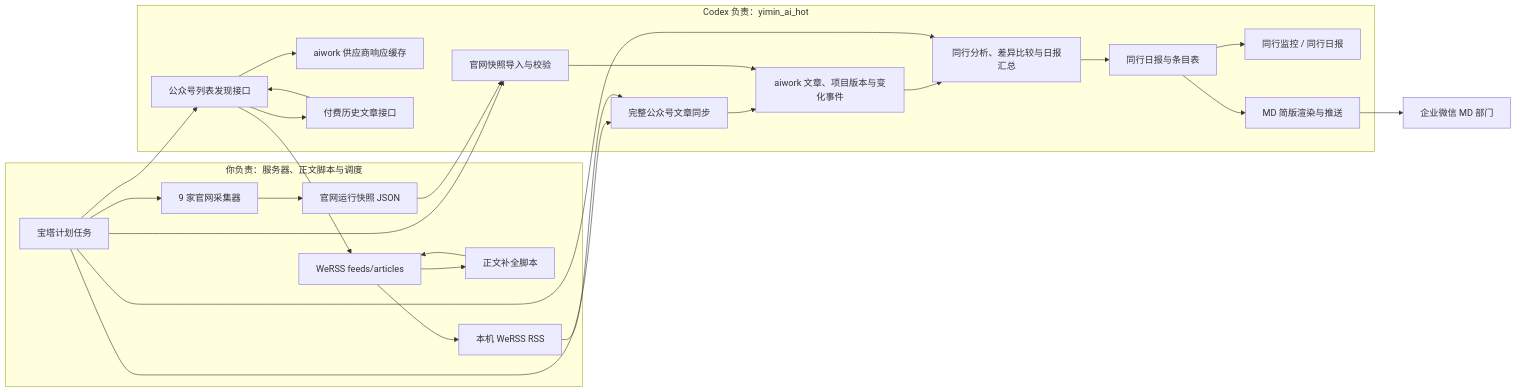
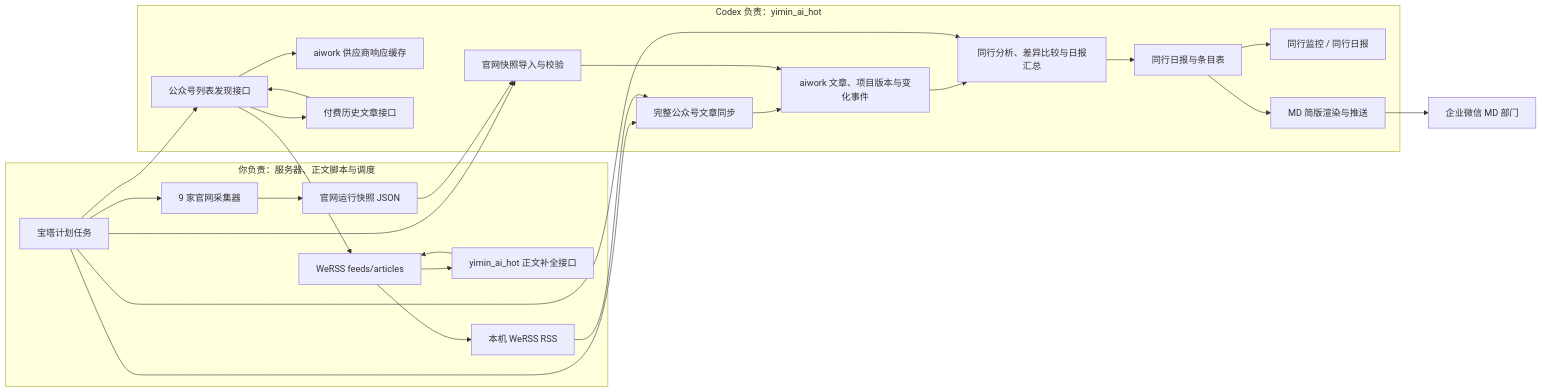
Before and after one commit to bhaiq/yimin_ai_hot: the first of 2 diagrams in docs/business-logic/flows/peer-daily-report.md, drawn with Mermaid. The commit also changed other lines of this file and 6 other files, not shown here.

````diff
--- a/docs/business-logic/flows/peer-daily-report.md
+++ b/docs/business-logic/flows/peer-daily-report.md
@@ -157,41 +157,41 @@
 ```mermaid
 flowchart LR
     subgraph ops["你负责：服务器、正文脚本与调度"]
         cron["宝塔计划任务"]
         werssdb["WeRSS feeds/articles"]
-        backfill["正文补全脚本"]
+        backfill["yimin_ai_hot 正文补全接口"]
         rss["本机 WeRSS RSS"]
         webcollector["9 家官网采集器"]
         snapshot["官网运行快照 JSON"]
         werssdb --> backfill --> werssdb
         werssdb --> rss
         cron --> webcollector --> snapshot
     end
     subgraph app["Codex 负责：yimin_ai_hot"]
         discover["公众号列表发现接口"]
         cache["aiwork 供应商响应缓存"]
         vendor["付费历史文章接口"]
         refresh["完整公众号文章同步"]
         webimport["官网快照导入与校验"]
         peerdb["aiwork 文章、项目版本与变化事件"]
         report["同行分析、差异比较与日报汇总"]
         reportdb["同行日报与条目表"]
         web["同行监控 / 同行日报"]
         md["MD 简版渲染与推送"]
         discover --> vendor --> discover
         discover --> cache
         discover --> werssdb
         refresh --> peerdb
         webimport --> peerdb
         peerdb --> report --> reportdb
         reportdb --> web
         reportdb --> md
     end
     cron --> discover
     cron --> refresh
     rss --> refresh
     cron --> webimport
     snapshot --> webimport
     cron --> report
     md --> wecom["企业微信 MD 部门"]
 ```
````
